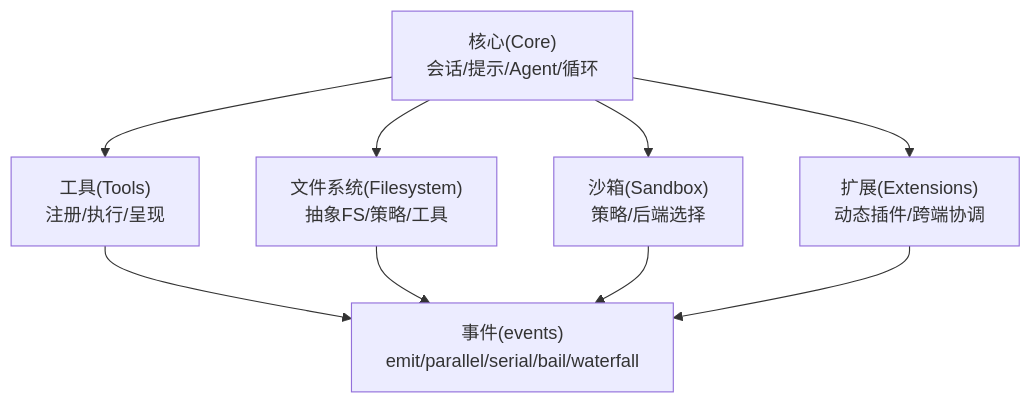
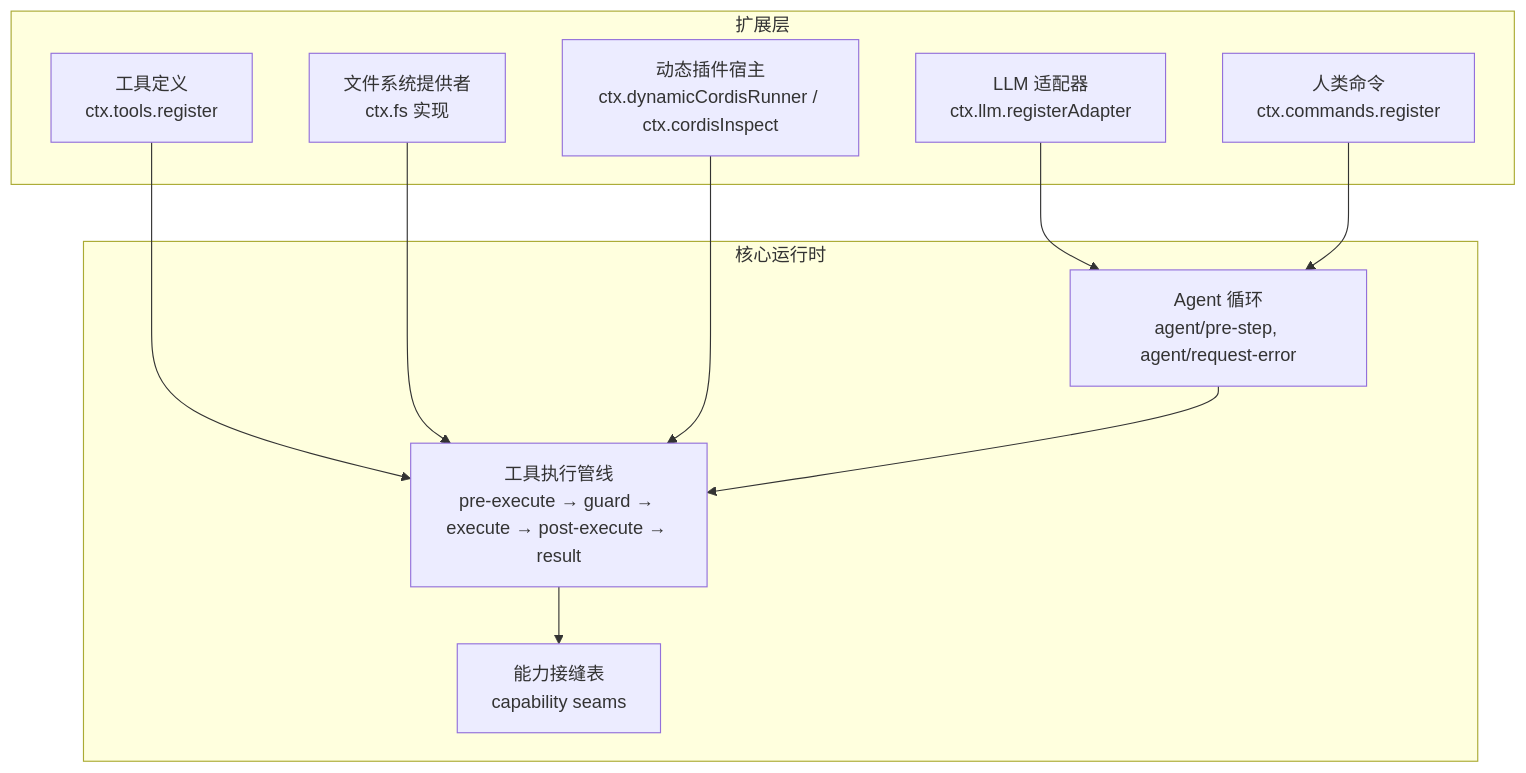
The first of 9 diagrams in .qoder/repowiki/zh/content/架构设计/扩展点设计/扩展点设计.md (gongzili456/deepseek-harness), drawn with Mermaid before and after one commit. The commit also changed other lines of this file and 1001 other files, not shown here.

````diff
--- a/.qoder/repowiki/zh/content/架构设计/扩展点设计/扩展点设计.md
+++ b/.qoder/repowiki/zh/content/架构设计/扩展点设计/扩展点设计.md
@@ -41,11 +43,22 @@
 ```mermaid
 graph TB
-A["核心(Core)<br/>会话/提示/Agent/循环"] --> B["工具(Tools)<br/>注册/执行/呈现"]
-A --> C["文件系统(Filesystem)<br/>抽象FS/策略/工具"]
-A --> D["沙箱(Sandbox)<br/>策略/后端选择"]
-A --> E["扩展(Extensions)<br/>动态插件/跨端协调"]
-B --> F["事件(events)<br/>emit/parallel/serial/bail/waterfall"]
-C --> F
-D --> F
-E --> F
+subgraph "扩展层"
+T["工具定义<br/>ctx.tools.register"]
+FS["文件系统提供者<br/>ctx.fs 实现"]
+LLM["LLM 适配器<br/>ctx.llm.registerAdapter"]
+CMD["人类命令<br/>ctx.commands.register"]
+CORDIS["动态插件宿主<br/>ctx.dynamicCordisRunner / ctx.cordisInspect"]
+end
+subgraph "核心运行时"
+LOOP["Agent 循环<br/>agent/pre-step, agent/request-error"]
+PIPE["工具执行管线<br/>pre-execute → guard → execute → post-execute → result"]
+SEAM["能力接缝表<br/>capability seams"]
+end
+T --> PIPE
+FS --> PIPE
+LLM --> LOOP
+CMD --> LOOP
+CORDIS --> PIPE
+LOOP --> PIPE
+PIPE --> SEAM
 ```
````
